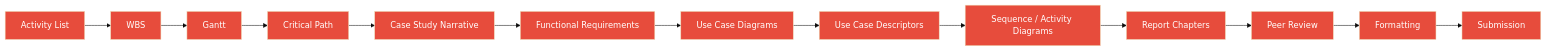
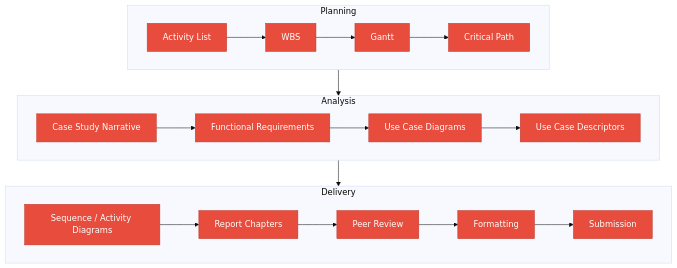
Before and after one commit to NAME0x0/CST2310_OpenAI_Enterprise_Billing: the diagram in 01-project-management/gantt-chart-guide.md, drawn with Mermaid (base theme).

Commit message:
fix: apply Z-pattern layout to gantt-chart-guide dependency diagram

````diff
--- a/01-project-management/gantt-chart-guide.md
+++ b/01-project-management/gantt-chart-guide.md
@@ -100,29 +100,23 @@
 ```mermaid
-graph LR
-    AL["Activity List"] --> WBS
-    WBS --> Gantt
-    Gantt --> CP["Critical Path"]
-    CP --> CSN["Case Study Narrative"]
-    CSN --> FR["Functional Requirements"]
-    FR --> UCD["Use Case Diagrams"]
-    UCD --> UCD2["Use Case Descriptors"]
-    UCD2 --> SAD["Sequence / Activity Diagrams"]
-    SAD --> RC["Report Chapters"]
-    RC --> PR["Peer Review"]
-    PR --> FMT["Formatting"]
-    FMT --> SUB["Submission"]
+graph TD
+    subgraph P1["Planning"]
+        direction LR
+        AL["Activity List"] --> WBS --> Gantt --> CP["Critical Path"]
+    end
 
-    style AL fill:#e74c3c,color:#fff
-    style WBS fill:#e74c3c,color:#fff
-    style Gantt fill:#e74c3c,color:#fff
-    style CP fill:#e74c3c,color:#fff
-    style CSN fill:#e74c3c,color:#fff
-    style FR fill:#e74c3c,color:#fff
-    style UCD fill:#e74c3c,color:#fff
-    style UCD2 fill:#e74c3c,color:#fff
-    style SAD fill:#e74c3c,color:#fff
-    style RC fill:#e74c3c,color:#fff
-    style PR fill:#e74c3c,color:#fff
-    style FMT fill:#e74c3c,color:#fff
-    style SUB fill:#e74c3c,color:#fff
+    subgraph P2["Analysis"]
+        direction LR
+        CSN["Case Study Narrative"] --> FR["Functional Requirements"] --> UCD["Use Case Diagrams"] --> UCD2["Use Case Descriptors"]
+    end
+
+    subgraph P3["Delivery"]
+        direction LR
+        SAD["Sequence / Activity Diagrams"] --> RC["Report Chapters"] --> PR["Peer Review"] --> FMT["Formatting"] --> SUB["Submission"]
+    end
+
+    CP --> CSN
+    UCD2 --> SAD
+
+    classDef crit fill:#e74c3c,color:#fff,stroke:#c0392b
+    class AL,WBS,Gantt,CP,CSN,FR,UCD,UCD2,SAD,RC,PR,FMT,SUB crit
 ```
````
